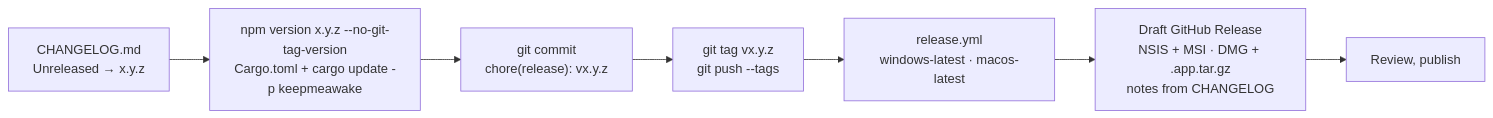
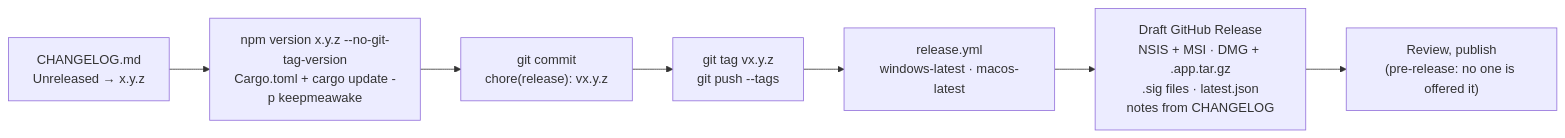
The diagram in docs/releasing.md (ax5hay/KeepMeAwake), drawn with Mermaid before and after one commit. The commit also changed other lines of this file and 17 other files, not shown here.

````diff
--- a/docs/releasing.md
+++ b/docs/releasing.md
@@ -17,9 +17,9 @@
 ```mermaid
 flowchart LR
     cl["CHANGELOG.md<br/>Unreleased → x.y.z"] --> bump["npm version x.y.z --no-git-tag-version<br/>Cargo.toml + cargo update -p keepmeawake"]
     bump --> commit["git commit<br/>chore(release): vx.y.z"]
     commit --> tag["git tag vx.y.z<br/>git push --tags"]
     tag --> ci["release.yml<br/>windows-latest · macos-latest"]
-    ci --> draft["Draft GitHub Release<br/>NSIS + MSI · DMG + .app.tar.gz<br/>notes from CHANGELOG"]
-    draft --> publish["Review, publish"]
+    ci --> draft["Draft GitHub Release<br/>NSIS + MSI · DMG + .app.tar.gz<br/>.sig files · latest.json<br/>notes from CHANGELOG"]
+    draft --> publish["Review, publish<br/>(pre-release: no one is offered it)"]
 ```
````
